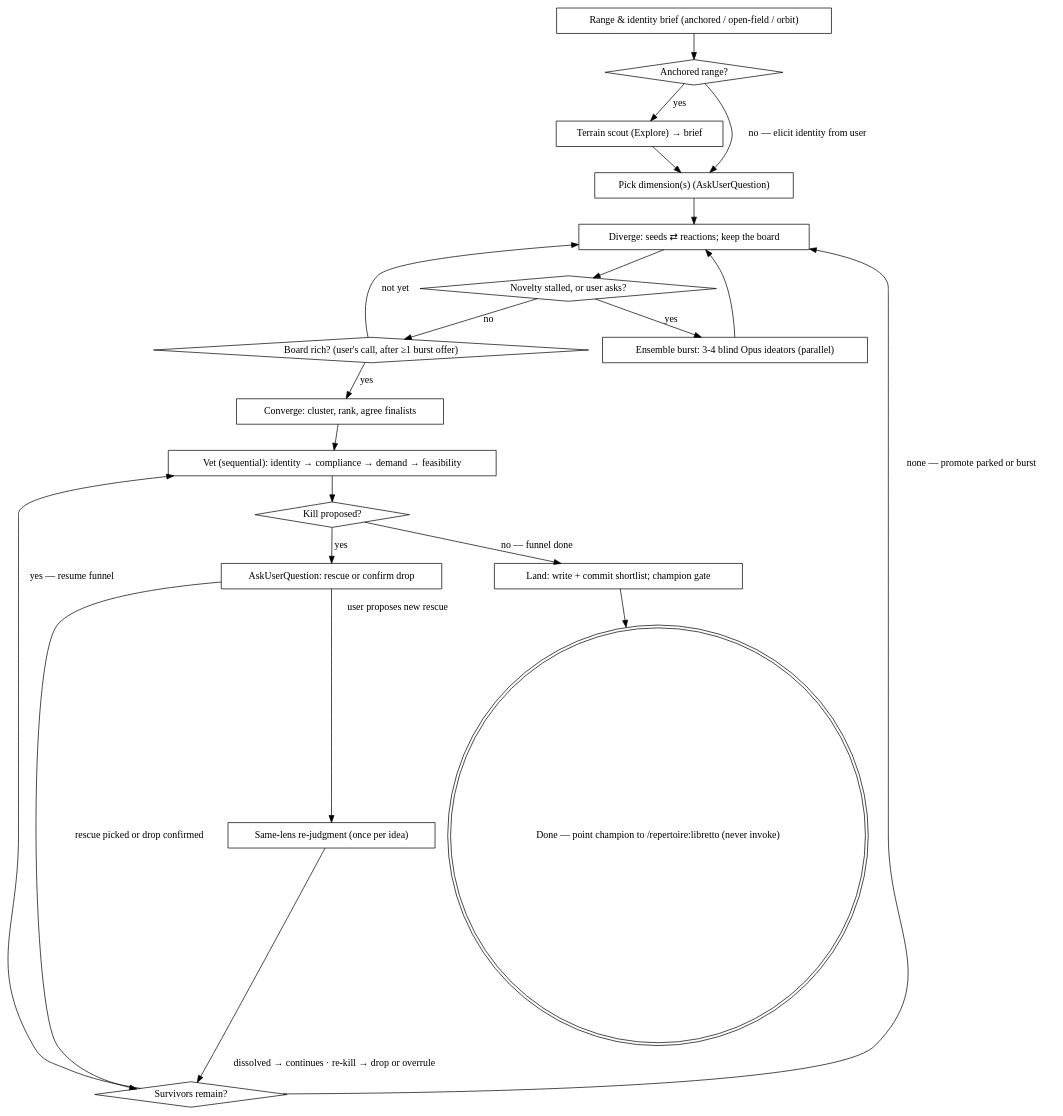
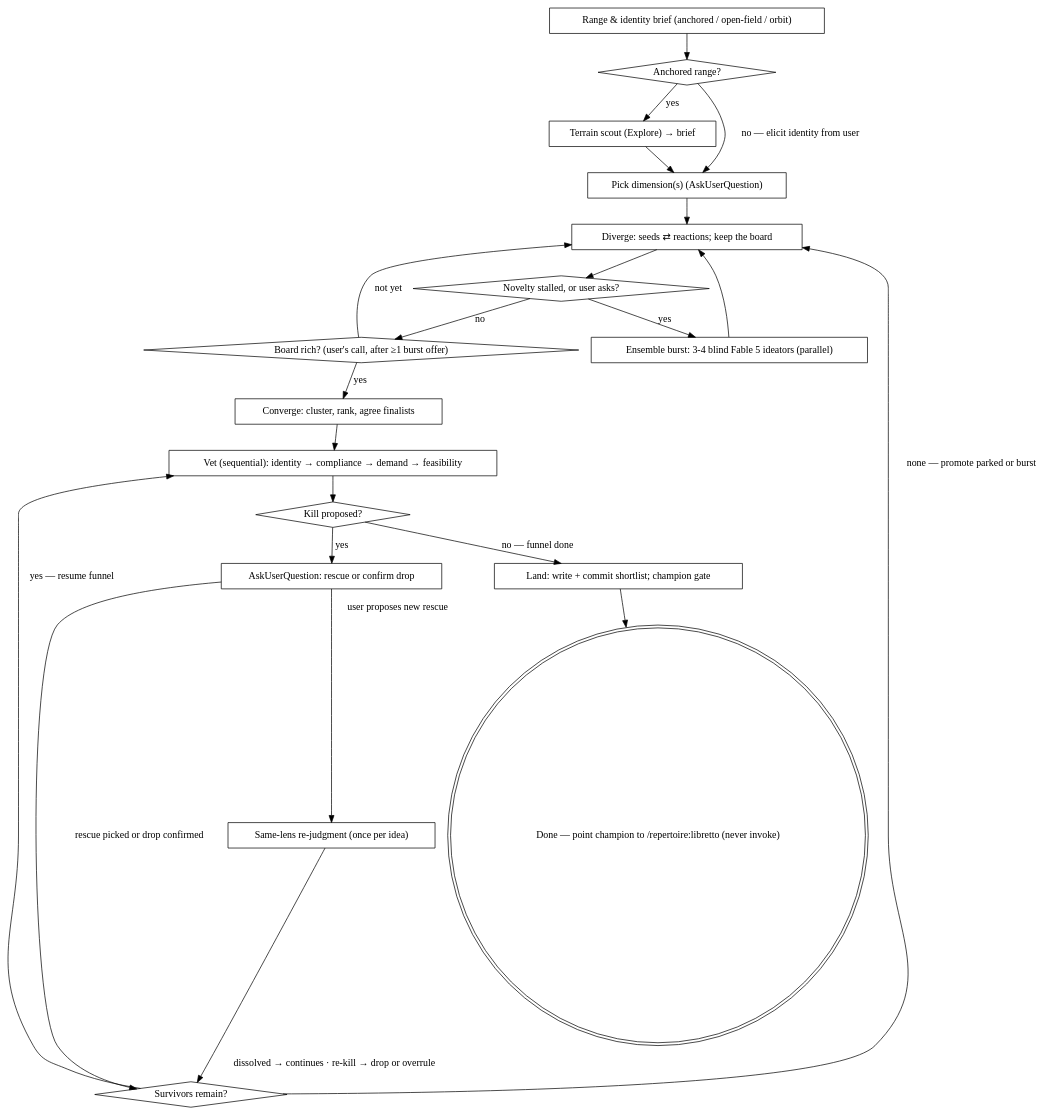
Before and after one commit to PythonShe/Repertoire: the diagram in skills/eureka/SKILL.md, drawn with Graphviz. The commit also changed other lines of this file and 38 other files, not shown here.

````diff
--- a/skills/eureka/SKILL.md
+++ b/skills/eureka/SKILL.md
@@ -74,43 +74,43 @@
 ```dot
 digraph eureka {
     rankdir=TB;
     "Range & identity brief (anchored / open-field / orbit)" [shape=box];
     "Anchored range?" [shape=diamond];
     "Terrain scout (Explore) → brief" [shape=box];
     "Pick dimension(s) (AskUserQuestion)" [shape=box];
     "Diverge: seeds ⇄ reactions; keep the board" [shape=box];
     "Novelty stalled, or user asks?" [shape=diamond];
-    "Ensemble burst: 3-4 blind Opus ideators (parallel)" [shape=box];
+    "Ensemble burst: 3-4 blind Fable 5 ideators (parallel)" [shape=box];
     "Board rich? (user's call, after ≥1 burst offer)" [shape=diamond];
     "Converge: cluster, rank, agree finalists" [shape=box];
     "Vet (sequential): identity → compliance → demand → feasibility" [shape=box];
     "Kill proposed?" [shape=diamond];
     "AskUserQuestion: rescue or confirm drop" [shape=box];
     "Same-lens re-judgment (once per idea)" [shape=box];
     "Survivors remain?" [shape=diamond];
     "Land: write + commit shortlist; champion gate" [shape=box];
     "Done — point champion to /repertoire:libretto (never invoke)" [shape=doublecircle];
 
     "Range & identity brief (anchored / open-field / orbit)" -> "Anchored range?";
     "Anchored range?" -> "Terrain scout (Explore) → brief" [label="yes"];
     "Anchored range?" -> "Pick dimension(s) (AskUserQuestion)" [label="no — elicit identity from user"];
     "Terrain scout (Explore) → brief" -> "Pick dimension(s) (AskUserQuestion)";
     "Pick dimension(s) (AskUserQuestion)" -> "Diverge: seeds ⇄ reactions; keep the board";
     "Diverge: seeds ⇄ reactions; keep the board" -> "Novelty stalled, or user asks?";
-    "Novelty stalled, or user asks?" -> "Ensemble burst: 3-4 blind Opus ideators (parallel)" [label="yes"];
+    "Novelty stalled, or user asks?" -> "Ensemble burst: 3-4 blind Fable 5 ideators (parallel)" [label="yes"];
     "Novelty stalled, or user asks?" -> "Board rich? (user's call, after ≥1 burst offer)" [label="no"];
-    "Ensemble burst: 3-4 blind Opus ideators (parallel)" -> "Diverge: seeds ⇄ reactions; keep the board";
+    "Ensemble burst: 3-4 blind Fable 5 ideators (parallel)" -> "Diverge: seeds ⇄ reactions; keep the board";
     "Board rich? (user's call, after ≥1 burst offer)" -> "Diverge: seeds ⇄ reactions; keep the board" [label="not yet"];
     "Board rich? (user's call, after ≥1 burst offer)" -> "Converge: cluster, rank, agree finalists" [label="yes"];
     "Converge: cluster, rank, agree finalists" -> "Vet (sequential): identity → compliance → demand → feasibility";
     "Vet (sequential): identity → compliance → demand → feasibility" -> "Kill proposed?";
     "Kill proposed?" -> "AskUserQuestion: rescue or confirm drop" [label="yes"];
     "Kill proposed?" -> "Land: write + commit shortlist; champion gate" [label="no — funnel done"];
     "AskUserQuestion: rescue or confirm drop" -> "Survivors remain?" [label="rescue picked or drop confirmed"];
     "AskUserQuestion: rescue or confirm drop" -> "Same-lens re-judgment (once per idea)" [label="user proposes new rescue"];
     "Same-lens re-judgment (once per idea)" -> "Survivors remain?" [label="dissolved → continues · re-kill → drop or overrule"];
     "Survivors remain?" -> "Vet (sequential): identity → compliance → demand → feasibility" [label="yes — resume funnel"];
     "Survivors remain?" -> "Diverge: seeds ⇄ reactions; keep the board" [label="none — promote parked or burst"];
     "Land: write + commit shortlist; champion gate" -> "Done — point champion to /repertoire:libretto (never invoke)";
 }
 ```
````
